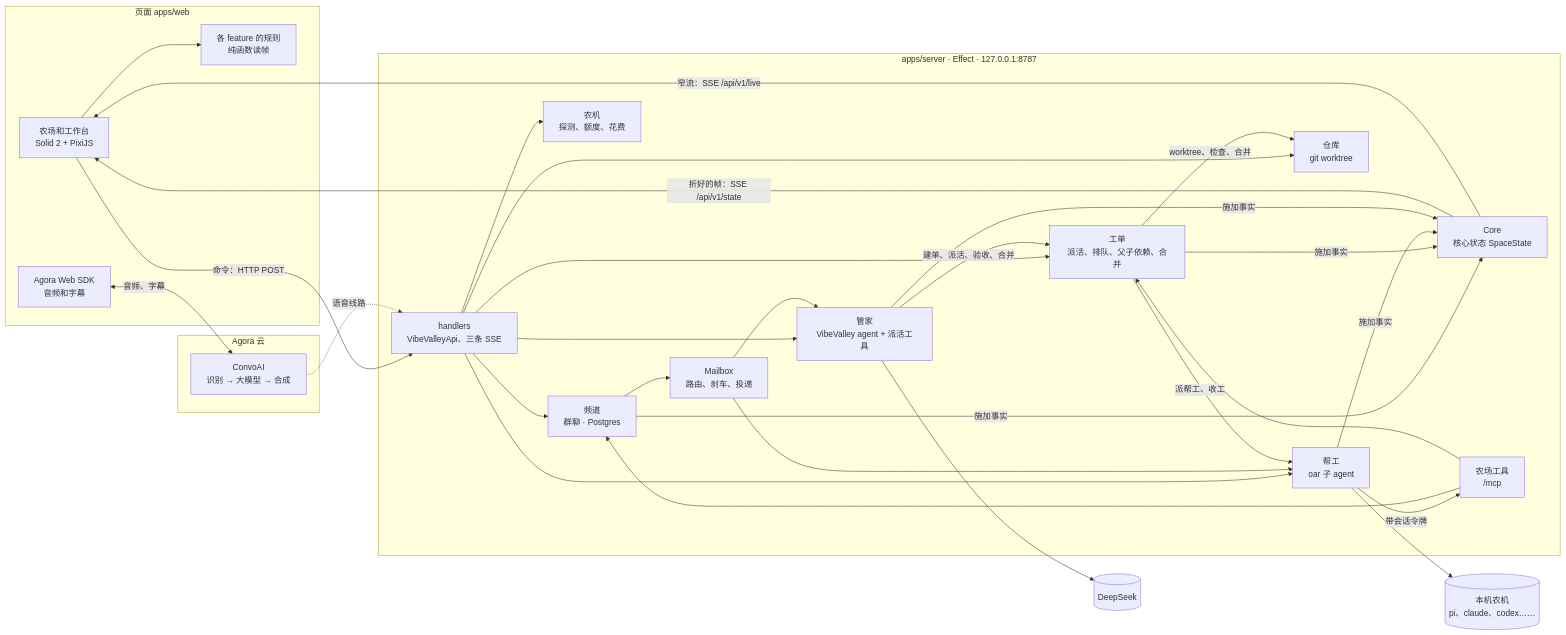
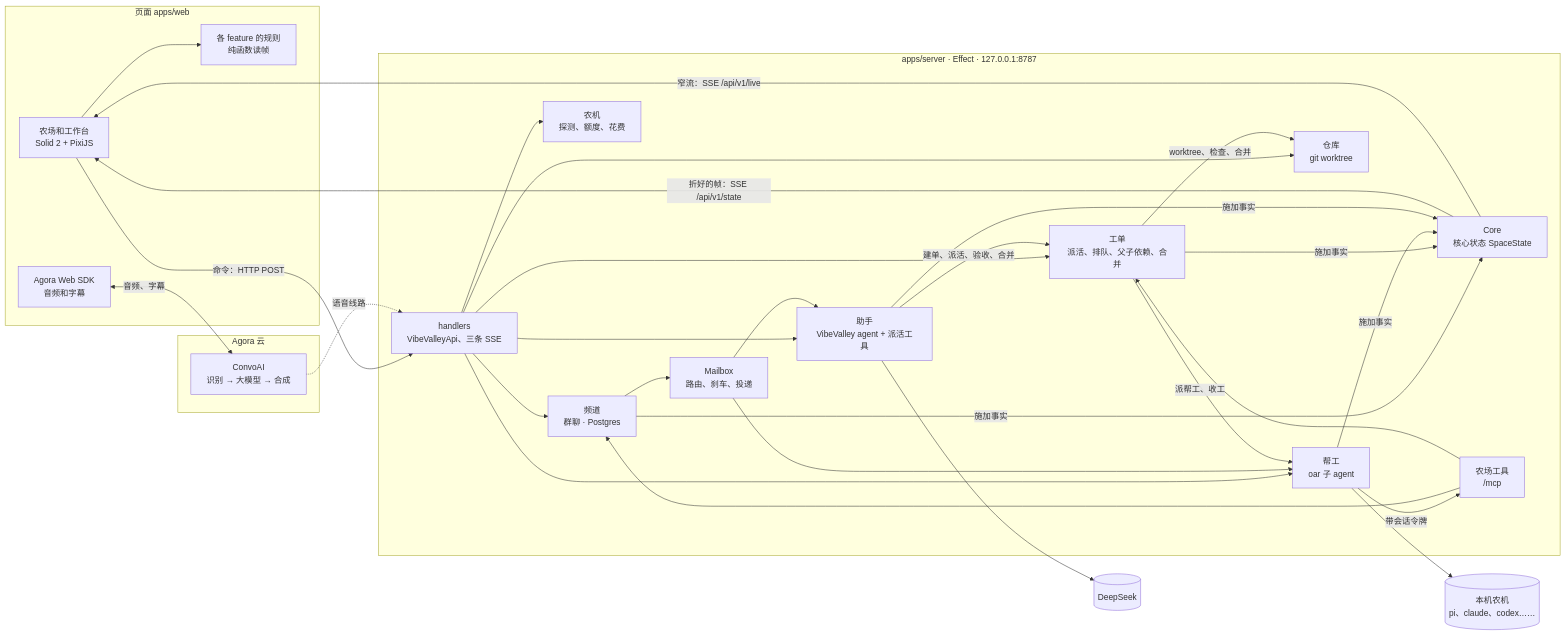
The diagram in docs/architecture.md (vibevalleyhq/vibevalley), drawn with Mermaid before and after one commit. The commit also changed other lines of this file and 169 other files, not shown here.

````diff
--- a/docs/architecture.md
+++ b/docs/architecture.md
@@ -5,46 +5,46 @@
 ```mermaid
 flowchart LR
   subgraph Page[页面 apps/web]
     UI[农场和工作台<br/>Solid 2 + PixiJS]
     RULES[各 feature 的规则<br/>纯函数读帧]
     RTC[Agora Web SDK<br/>音频和字幕]
   end
 
   subgraph Server[apps/server · Effect · 127.0.0.1:8787]
     API[handlers<br/>VibeValleyApi、三条 SSE]
     SITE[Core<br/>核心状态 SpaceState]
-    FM[管家<br/>VibeValley agent + 派活工具]
+    FM[助手<br/>VibeValley agent + 派活工具]
     CHAT[频道<br/>群聊 · Postgres]
     MB[Mailbox<br/>路由、刹车、投递]
     TK[工单<br/>派活、排队、父子依赖、合并]
     CREW[帮工<br/>oar 子 agent]
     PRJ[仓库<br/>git worktree]
     RT[农机<br/>探测、额度、花费]
     MCP[农场工具<br/>/mcp]
   end
 
   subgraph Agora[Agora 云]
     CAI[ConvoAI<br/>识别 → 大模型 → 合成]
   end
 
   AGENTS[(本机农机<br/>pi、claude、codex……)]
   DS[(DeepSeek)]
 
   UI --> RULES
   UI -->|命令：HTTP POST| API
   SITE -->|折好的帧：SSE /api/v1/state| UI
   SITE -->|窄流：SSE /api/v1/live| UI
   API --> CHAT & FM & TK & CREW & PRJ & RT
   CHAT --> MB
   MB --> FM & CREW
   CREW -->|带会话令牌| MCP
   MCP --> CHAT & TK
   FM -->|建单、派活、验收、合并| TK
   TK -->|派帮工、收工| CREW
   TK -->|worktree、检查、合并| PRJ
   CREW --> AGENTS
   FM --> DS
   CHAT & TK & CREW & FM -->|施加事实| SITE
   RTC <-->|音频、字幕| CAI
   CAI -.->|语音线路| API
 ```
````
